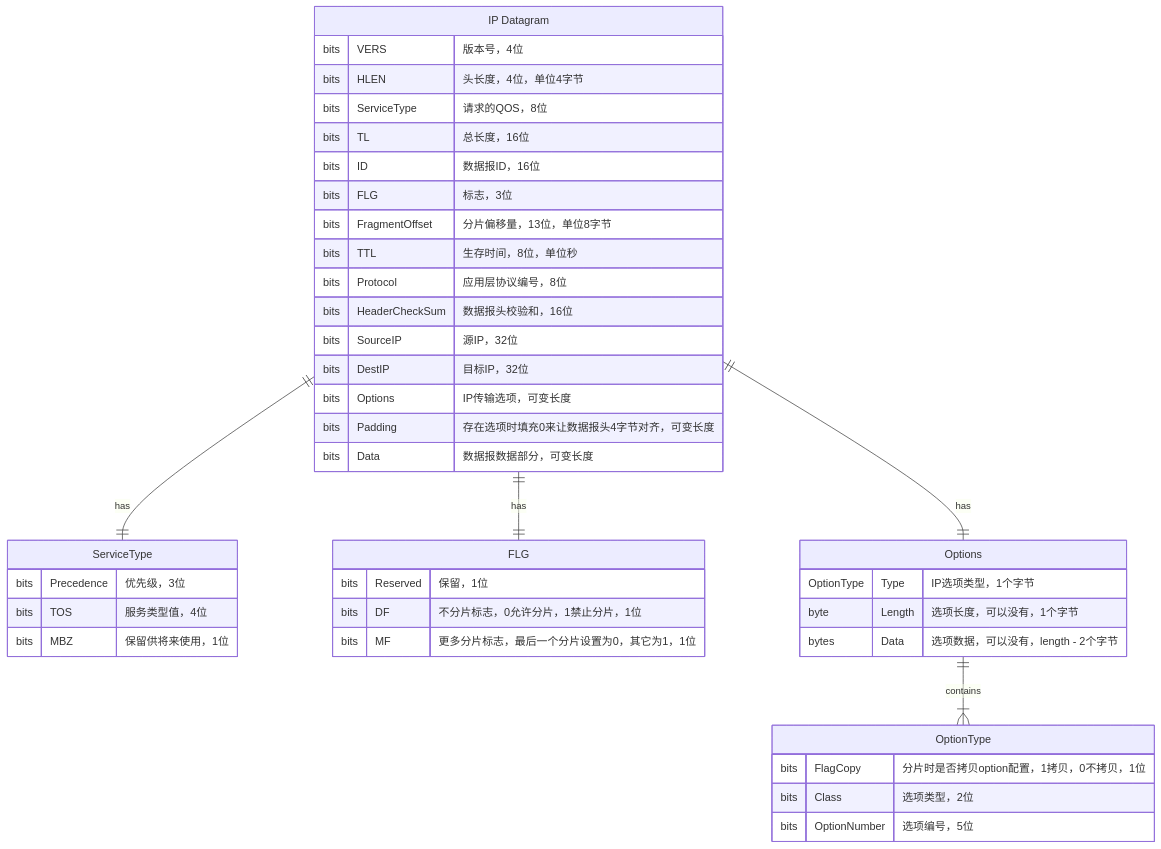
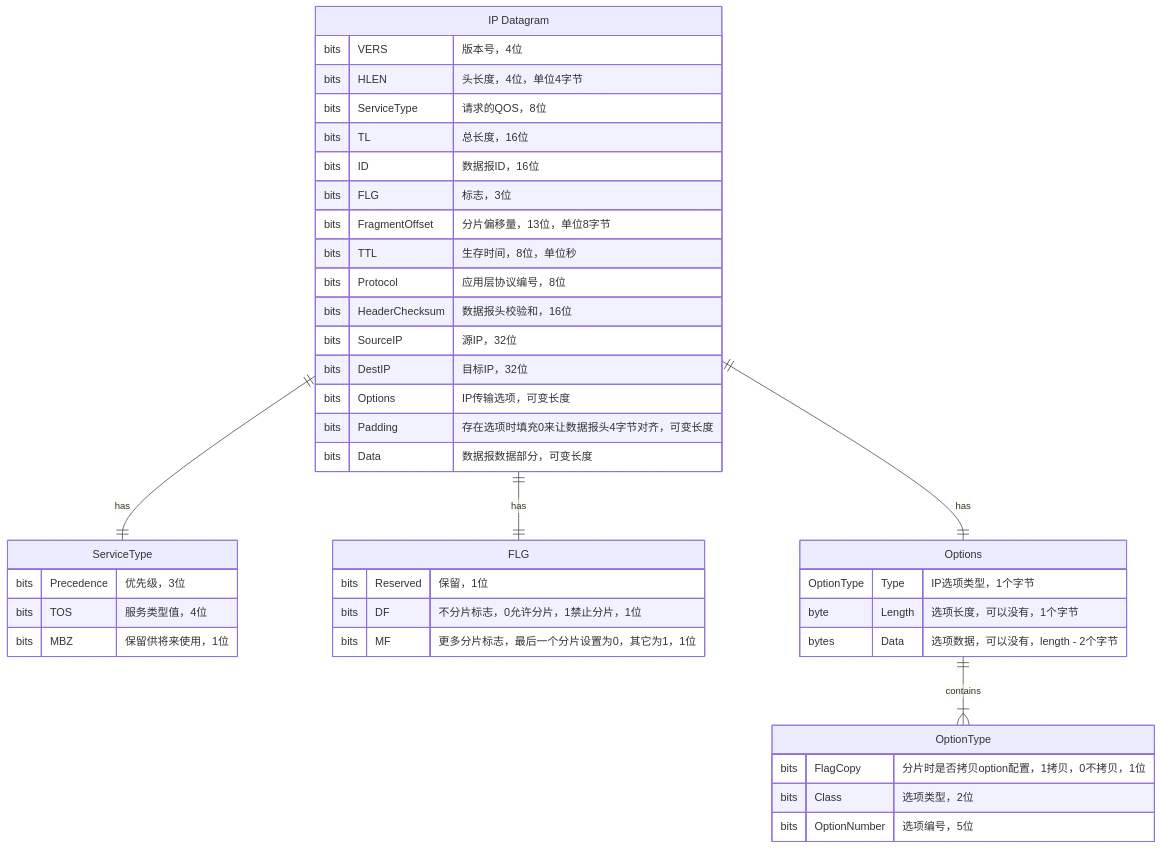
One commit to willmao/blog changed the second of 2 diagrams in source/_posts/ip-datagram-format.md. Above: the diagram before and after it, drawn with Mermaid. The commit also changed other lines of this file and 1 other file, not shown here.

````diff
--- a/source/_posts/ip-datagram-format.md
+++ b/source/_posts/ip-datagram-format.md
@@ -33,49 +33,49 @@
 ```mermaid
 erDiagram
     datagram["IP Datagram"] {
         bits VERS           "版本号，4位"
         bits HLEN           "头长度，4位，单位4字节"
         bits ServiceType    "请求的QOS，8位"
         bits TL             "总长度，16位"
         bits ID             "数据报ID，16位"
         bits FLG            "标志，3位"
         bits FragmentOffset "分片偏移量，13位，单位8字节"
         bits TTL            "生存时间，8位，单位秒"
         bits Protocol       "应用层协议编号，8位"
-        bits HeaderCheckSum "数据报头校验和，16位"
+        bits HeaderChecksum "数据报头校验和，16位"
         bits SourceIP       "源IP，32位"
         bits DestIP         "目标IP，32位"
         bits Options        "IP传输选项，可变长度"
         bits Padding        "存在选项时填充0来让数据报头4字节对齐，可变长度"
         bits Data           "数据报数据部分，可变长度"
     }
 
     tos["ServiceType"] {
         bits Precedence     "优先级，3位"
         bits TOS            "服务类型值，4位"
         bits MBZ            "保留供将来使用，1位"
     }
 
     flag["FLG"] {
         bits Reserved       "保留，1位"
         bits DF             "不分片标志，0允许分片，1禁止分片，1位"
         bits MF             "更多分片标志，最后一个分片设置为0，其它为1，1位"
     }
 
     options["Options"] {
         OptionType Type     "IP选项类型，1个字节"
         byte Length         "选项长度，可以没有，1个字节"
         bytes Data          "选项数据，可以没有，length - 2个字节"
     }
 
     option_type["OptionType"] {
         bits FlagCopy       "分片时是否拷贝option配置，1拷贝，0不拷贝，1位"
         bits Class          "选项类型，2位"
         bits OptionNumber   "选项编号，5位"
     }
 
     datagram ||--|| tos : has
     datagram ||--|| flag : has
     datagram ||--|| options : has
     options  ||--|{ option_type : contains
 ```
````
